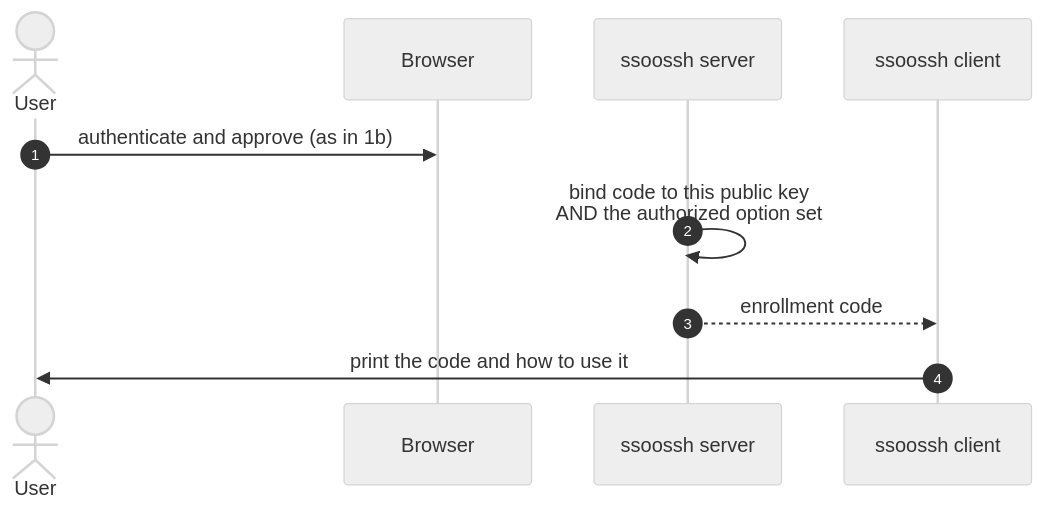
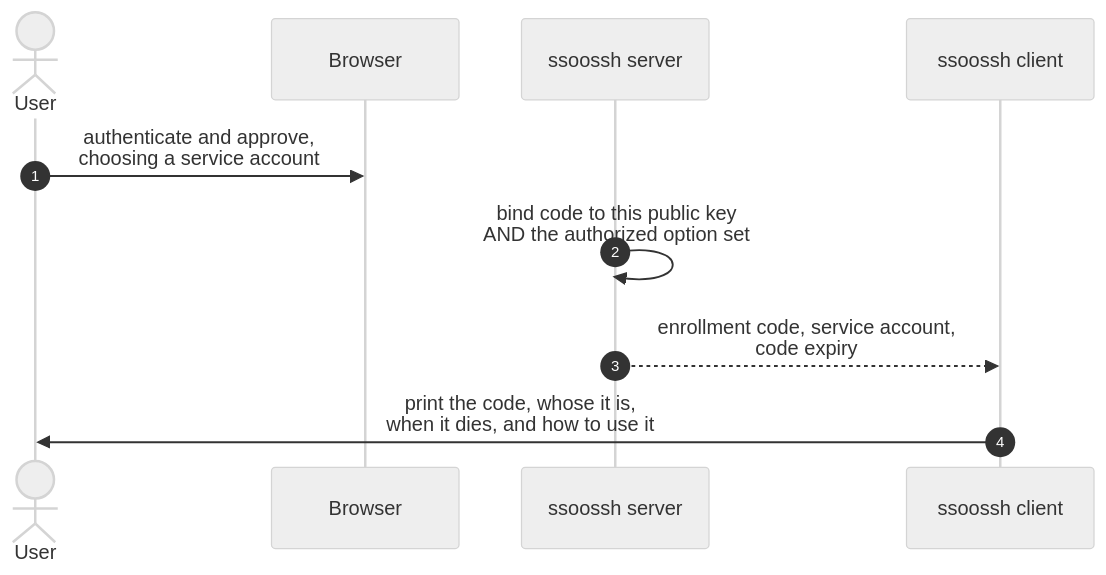
The eighth of 11 diagrams in docs/flows.md (mnestor/ssoossh), drawn with Mermaid (neutral theme) before and after one commit. The commit also changed other lines of this file and 146 other files, not shown here.

````diff
--- a/docs/flows.md
+++ b/docs/flows.md
@@ -198,13 +198,13 @@
 ```mermaid
 sequenceDiagram
     autonumber
     actor User
     participant Browser
     participant Server as ssoossh server
     participant Client as ssoossh client
 
-    User->>Browser: authenticate and approve (as in 1b)
+    User->>Browser: authenticate and approve,<br/>choosing a service account
     Server->>Server: bind code to this public key<br/>AND the authorized option set
-    Server-->>Client: enrollment code
-    Client->>User: print the code and how to use it
+    Server-->>Client: enrollment code, service account,<br/>code expiry
+    Client->>User: print the code, whose it is,<br/>when it dies, and how to use it
 ```
````
